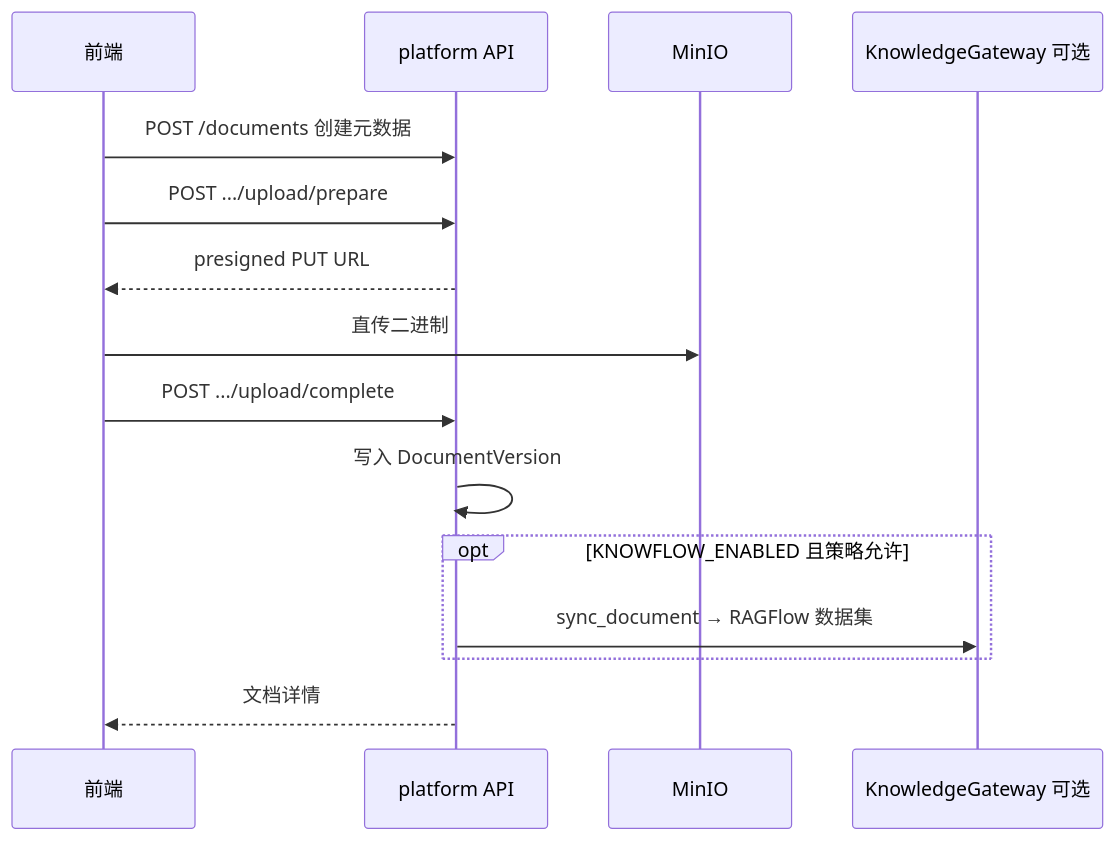
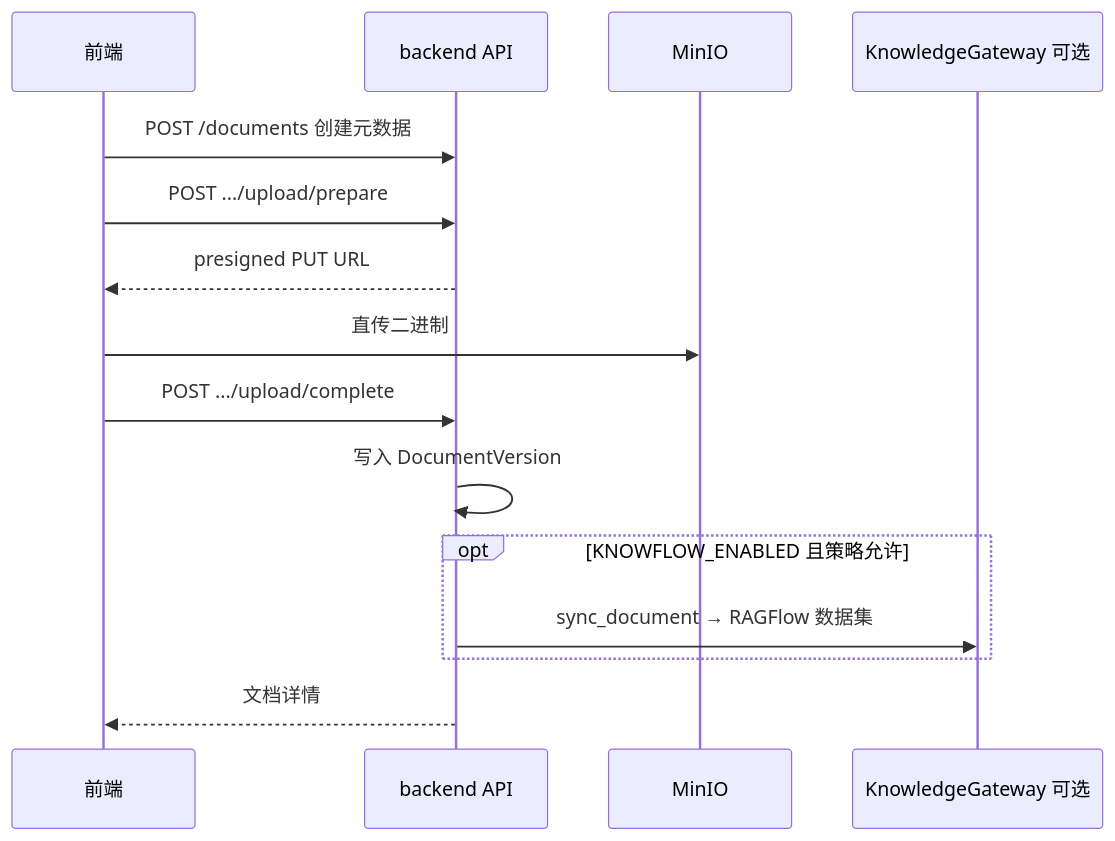
Before and after one commit to zhibinQiu/benxi: the tenth of 17 diagrams in docs/zh/development/system-architecture-overview.md, drawn with Mermaid. The commit also changed other lines of this file and 620 other files, not shown here.

````diff
--- a/docs/zh/development/system-architecture-overview.md
+++ b/docs/zh/development/system-architecture-overview.md
@@ -324,18 +333,18 @@
 ```mermaid
 sequenceDiagram
   participant FE as 前端
-  participant API as platform API
+  participant API as backend API
   participant MN as MinIO
   participant KF as KnowledgeGateway 可选
 
   FE->>API: POST /documents 创建元数据
   FE->>API: POST .../upload/prepare
   API-->>FE: presigned PUT URL
   FE->>MN: 直传二进制
   FE->>API: POST .../upload/complete
   API->>API: 写入 DocumentVersion
   opt KNOWFLOW_ENABLED 且策略允许
     API->>KF: sync_document → RAGFlow 数据集
   end
   API-->>FE: 文档详情
 ```
````
